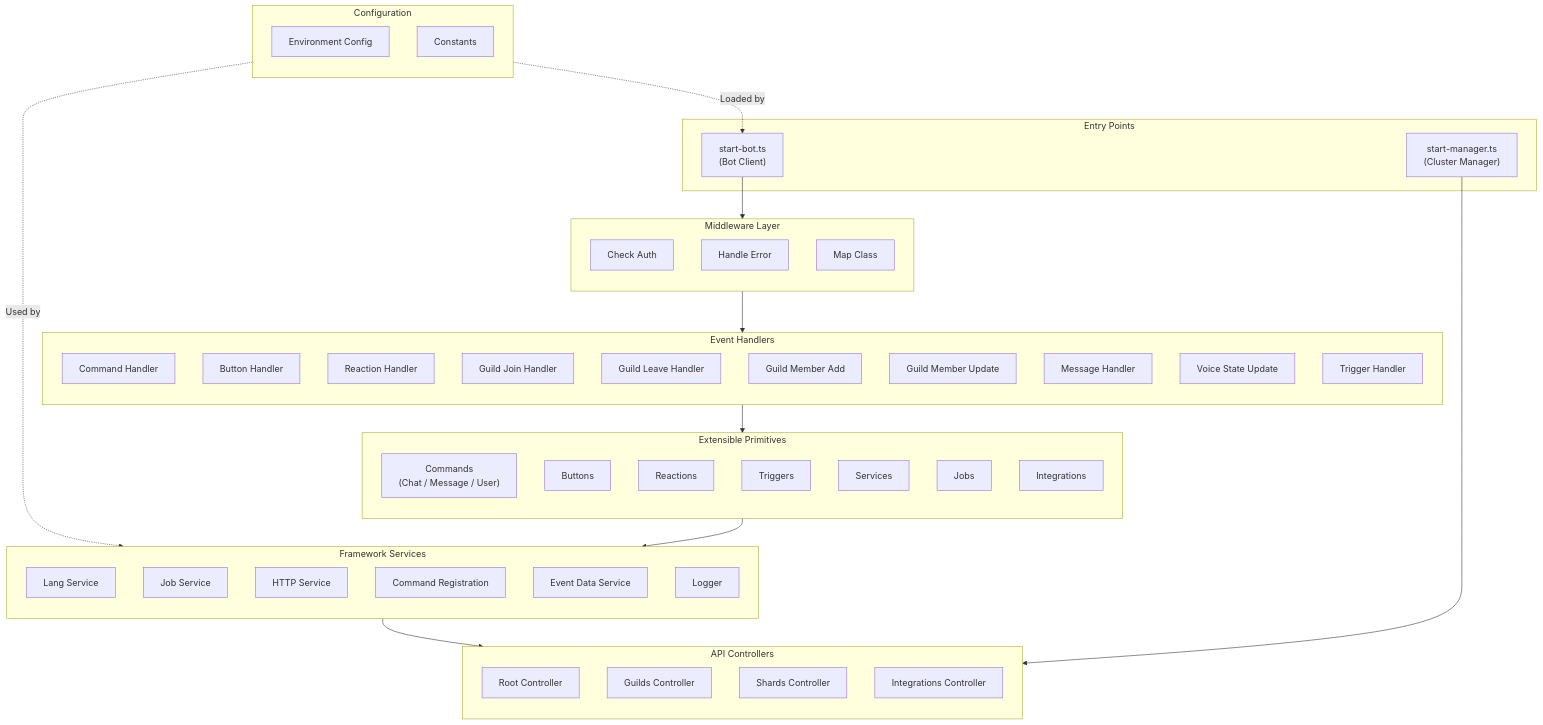
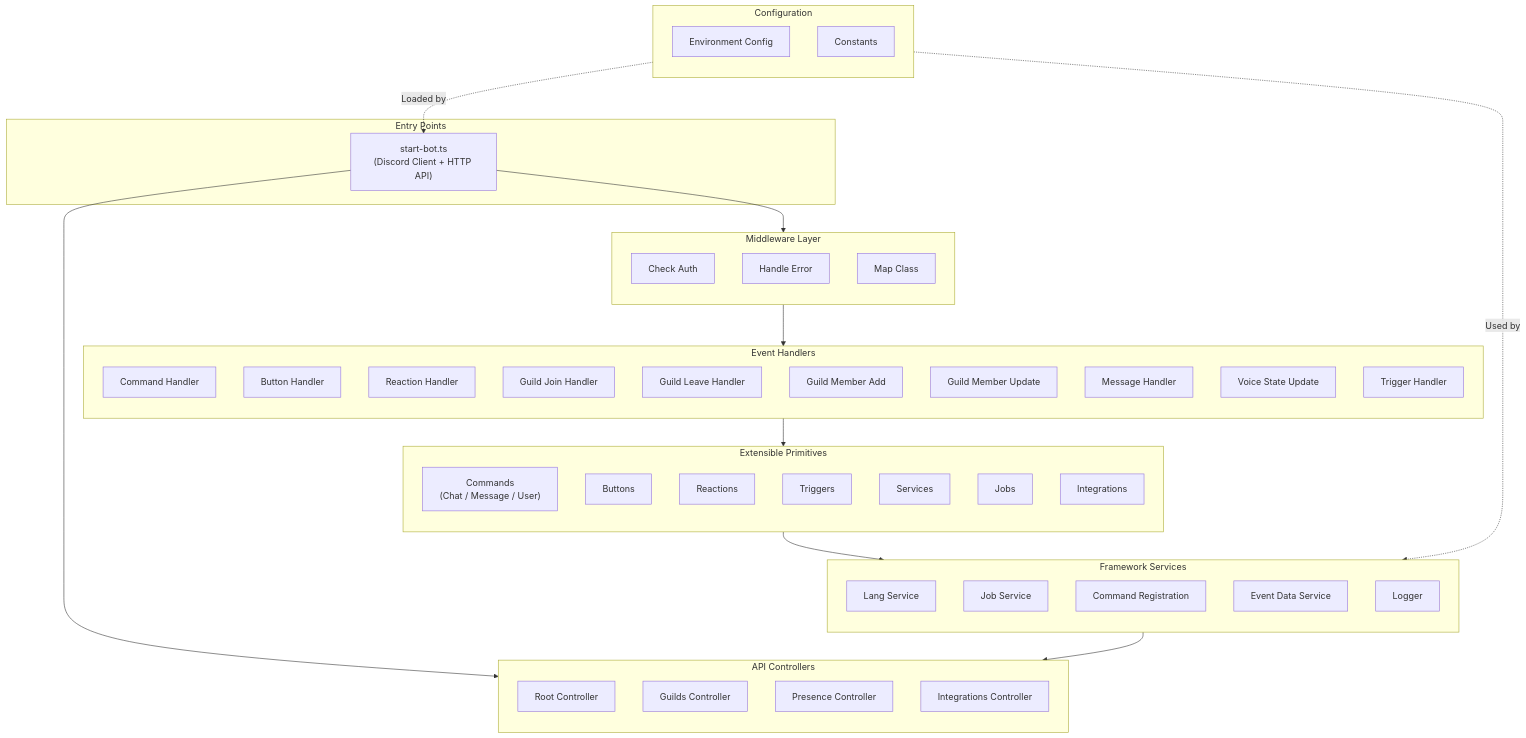
One commit to digitalgroundgame/digital-ground-game-discord-bot changed the first of 2 diagrams in docs/BotArchitecture.md. Above: the diagram before and after it, drawn with Mermaid. The commit also changed other lines of this file and 55 other files, not shown here.

Commit message:
Remove shard manager and run bot as single process

````diff
--- a/docs/BotArchitecture.md
+++ b/docs/BotArchitecture.md
@@ -7,72 +7,70 @@
 ```mermaid
 graph TB
     subgraph Entry["Entry Points"]
-        Bot["start-bot.ts<br/>(Bot Client)"]
-        Manager["start-manager.ts<br/>(Cluster Manager)"]
+        Bot["start-bot.ts<br/>(Discord Client + HTTP API)"]
     end
 
     subgraph Middleware["Middleware Layer"]
         direction TB
         Auth["Check Auth"]
         ErrorH["Handle Error"]
         MapClass["Map Class"]
     end
 
     subgraph EventHandlers["Event Handlers"]
         direction TB
         CH["Command Handler"]
         BH["Button Handler"]
         RH["Reaction Handler"]
         GJH["Guild Join Handler"]
         GLH["Guild Leave Handler"]
         GMA["Guild Member Add"]
         GMU["Guild Member Update"]
         MH["Message Handler"]
         VH["Voice State Update"]
         TH["Trigger Handler"]
     end
 
     subgraph Primitives["Extensible Primitives"]
         direction TB
         Commands["Commands<br/>(Chat / Message / User)"]
         Buttons["Buttons"]
         Reactions["Reactions"]
         Triggers["Triggers"]
         Services["Services"]
         Jobs["Jobs"]
         Integrations["Integrations"]
     end
 
     subgraph FrameworkSvc["Framework Services"]
         direction TB
         LangService["Lang Service"]
         JobService["Job Service"]
-        HTTPService["HTTP Service"]
         CommandReg["Command Registration"]
         EventData["Event Data Service"]
         Logger["Logger"]
     end
 
     subgraph Controllers["API Controllers"]
         direction TB
         RootCtrl["Root Controller"]
         GuildsCtrl["Guilds Controller"]
-        ShardsCtrl["Shards Controller"]
+        PresenceCtrl["Presence Controller"]
         IntCtrl["Integrations Controller"]
     end
 
     subgraph Config["Configuration"]
         direction TB
         Environment["Environment Config"]
         Constants["Constants"]
     end
 
     Bot --> Middleware
+    Bot --> Controllers
     Middleware --> EventHandlers
     EventHandlers --> Primitives
     Primitives --> FrameworkSvc
     FrameworkSvc --> Controllers
-    Manager --> Controllers
     Config -.->|Loaded by| Bot
     Config -.->|Used by| FrameworkSvc
 ```
````
